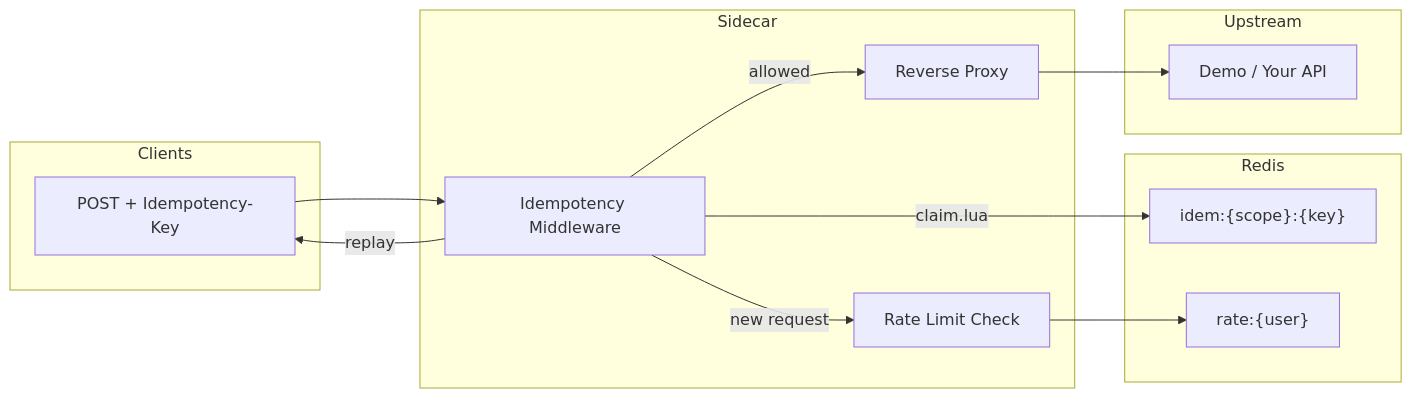
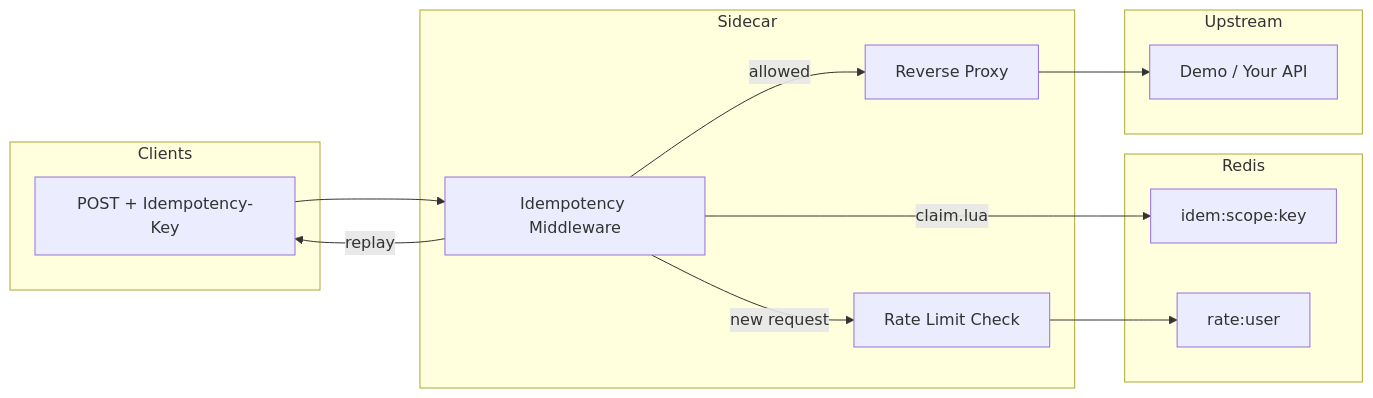
One commit to RUDRA-PRATAP-SINGH01/Distributed-rate-limiter changed diagram 11 of 21 in README.md. Above: the diagram before and after it, drawn with Mermaid. The commit also changed other lines of this file and 1 other file, not shown here.

Commit message:
docs: fix Mermaid syntax for GitHub Markdown rendering in README and architecture docs

````diff
--- a/README.md
+++ b/README.md
@@ -498,29 +498,29 @@
 ```mermaid
 flowchart LR
-    subgraph clients [Clients]
-        C[POST + Idempotency-Key]
+    subgraph clients["Clients"]
+        C["POST + Idempotency-Key"]
     end
 
-    subgraph sidecar [Sidecar]
-        IDEM[Idempotency Middleware]
-        RL[Rate Limit Check]
-        PX[Reverse Proxy]
+    subgraph sidecar["Sidecar"]
+        IDEM["Idempotency Middleware"]
+        RL["Rate Limit Check"]
+        PX["Reverse Proxy"]
     end
 
-    subgraph state [Redis]
-        IDK["idem:{scope}:{key}"]
-        RATE["rate:{user}"]
+    subgraph state["Redis"]
+        IDK["idem:scope:key"]
+        RATE["rate:user"]
     end
 
-    subgraph upstream [Upstream]
-        API[Demo / Your API]
+    subgraph upstream["Upstream"]
+        API["Demo / Your API"]
     end
 
     C --> IDEM
     IDEM -->|claim.lua| IDK
     IDEM -->|new request| RL
     RL --> RATE
     IDEM -->|allowed| PX
     PX --> API
     IDEM -->|replay| C
 ```
````
